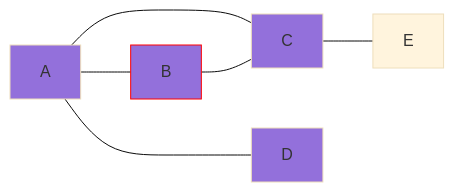
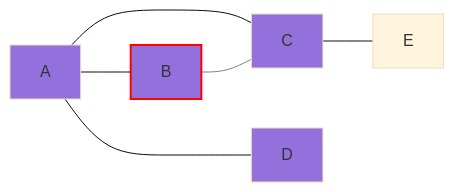
One commit to leessang01/leessang01.github.io changed diagram 12 of 15 in _posts/2024-06-02-BFS.md. Above: the diagram before and after it, drawn with Mermaid (base theme). The commit also changed other lines of this file, not shown here.

````diff
--- a/_posts/2024-06-02-BFS.md
+++ b/_posts/2024-06-02-BFS.md
@@ -315,12 +325,13 @@
 ```mermaid
 graph LR
  A---B;
  A---C;
  A----D;
  B---C;
  C---E;
+ linkStyle 3 stroke:grey
  style A fill:#9370DB
- style B fill:#9370DB, stroke:red
+ style B fill:#9370DB, stroke:red, stroke-width:2px
  style C fill:#9370DB
  style D fill:#9370DB
 ```
````
